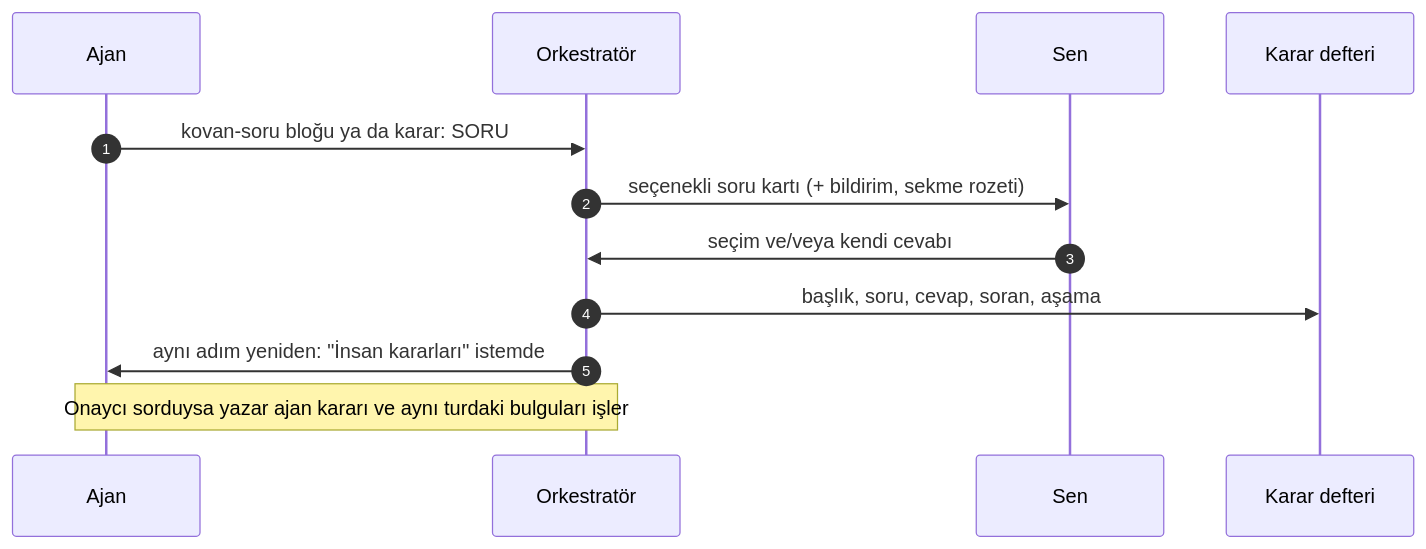
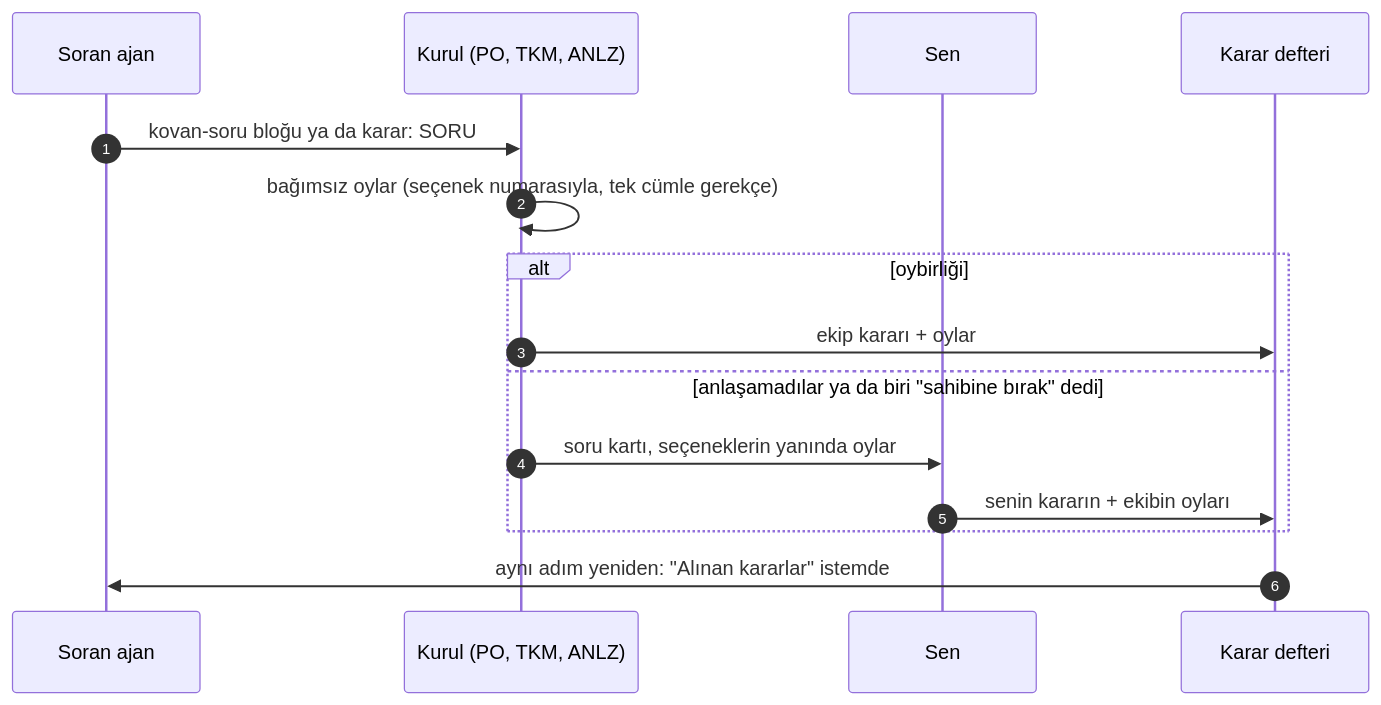
One commit to kagantantan/kovan changed the sixth of 6 diagrams in README.md. Above: the diagram before and after it, drawn with Mermaid. The commit also changed other lines of this file and 57 other files, not shown here.

````diff
--- a/README.md
+++ b/README.md
@@ -252,14 +279,17 @@
 ```mermaid
 sequenceDiagram
     autonumber
-    participant A as Ajan
-    participant O as Orkestratör
+    participant A as Soran ajan
+    participant E as Kurul (PO, TKM, ANLZ)
     participant K as Sen
     participant D as Karar defteri
-    A->>O: kovan-soru bloğu ya da karar: SORU
-    O->>K: seçenekli soru kartı (+ bildirim, sekme rozeti)
-    K->>O: seçim ve/veya kendi cevabı
-    O->>D: başlık, soru, cevap, soran, aşama
-    O->>A: aynı adım yeniden: "İnsan kararları" istemde
-    Note over O,A: Onaycı sorduysa yazar ajan kararı ve aynı turdaki bulguları işler
+    A->>E: kovan-soru bloğu ya da karar: SORU
+    E->>E: bağımsız oylar (seçenek numarasıyla, tek cümle gerekçe)
+    alt oybirliği
+        E->>D: ekip kararı + oylar
+    else anlaşamadılar ya da biri "sahibine bırak" dedi
+        E->>K: soru kartı, seçeneklerin yanında oylar
+        K->>D: senin kararın + ekibin oyları
+    end
+    D->>A: aynı adım yeniden: "Alınan kararlar" istemde
 ```
````
